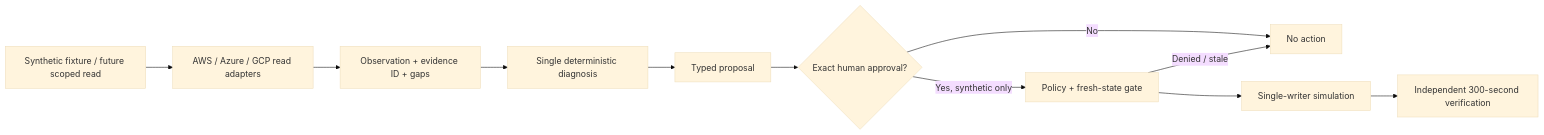
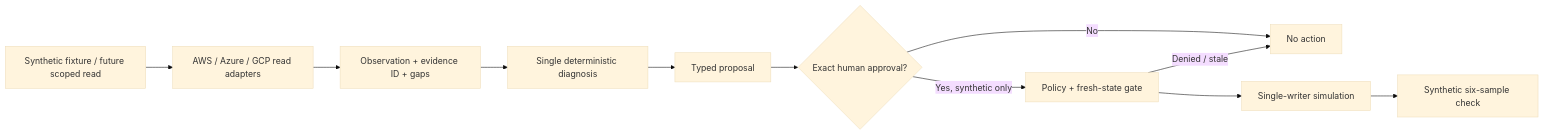
The diagram in docs/agent-architecture.mmd (moruku36/multicloud-sre-agent-survey-2026), drawn with Mermaid (base theme) before and after one commit. The commit also changed 14 other files, not shown here.

```diff
--- a/docs/agent-architecture.mmd
+++ b/docs/agent-architecture.mmd
@@ -1,11 +1,11 @@
 flowchart LR
     F["Synthetic fixture / future scoped read"] --> A["AWS / Azure / GCP read adapters"]
     A --> E["Observation + evidence ID + gaps"]
     E --> D["Single deterministic diagnosis"]
     D --> P["Typed proposal"]
     P --> H{"Exact human approval?"}
     H -->|No| X["No action"]
     H -->|Yes, synthetic only| G["Policy + fresh-state gate"]
     G --> S["Single-writer simulation"]
-    S --> V["Independent 300-second verification"]
+    S --> V["Synthetic six-sample check"]
     G -->|Denied / stale| X
```
